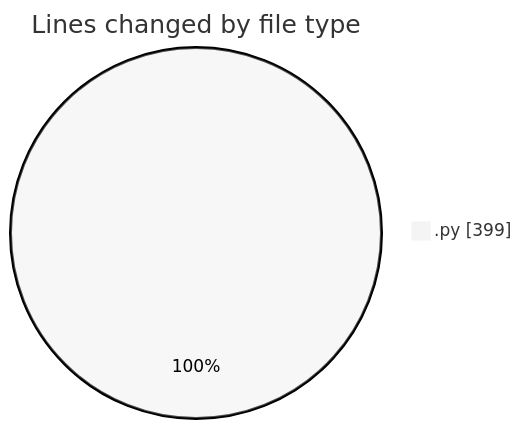
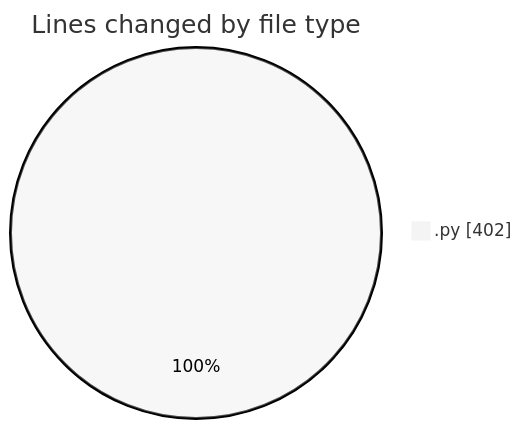
The first of 2 diagrams in 2025-10-05/untitled__workspace_/README.md (MatusMokan/code-tracking), drawn with Mermaid (neutral theme) before and after one commit. The commit also changed other lines of this file and 1 other file, not shown here.

````diff
--- a/2025-10-05/untitled__workspace_/README.md
+++ b/2025-10-05/untitled__workspace_/README.md
@@ -20,5 +20,5 @@
 ```mermaid
 pie showData
 title Lines changed by file type
-".py" : 399
+".py" : 402
 ```
````
